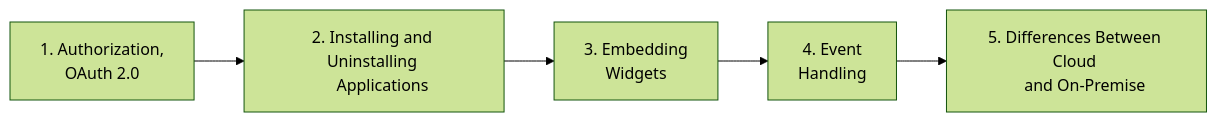
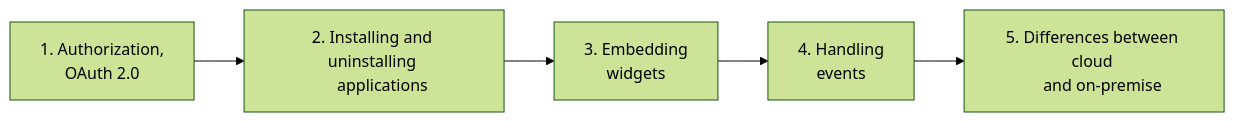
The diagram in api-reference/index.md (bitrix24/b24restdocs), drawn with Mermaid before and after one commit. The commit also changed other lines of this file and 51 other files, not shown here.

````diff
--- a/api-reference/index.md
+++ b/api-reference/index.md
@@ -9,18 +9,18 @@
 ```mermaid
 %%{init: { "theme": "forest" } }%%
 flowchart LR
     1[1. Authorization, 
     OAuth 2.0]
-    2[2. Installing and Uninstalling 
-    Applications]
+    2[2. Installing and uninstalling 
+    applications]
     3[3. Embedding 
-    Widgets]
-    4[4. Event 
-    Handling]
-    5[5. Differences Between Cloud 
-    and On-Premise]
+    widgets]
+    4[4. Handling 
+    events]
+    5[5. Differences between cloud 
+    and on-premise]
     1 --> 2
     2 --> 3
     3 --> 4
     4 --> 5
 ```
````
